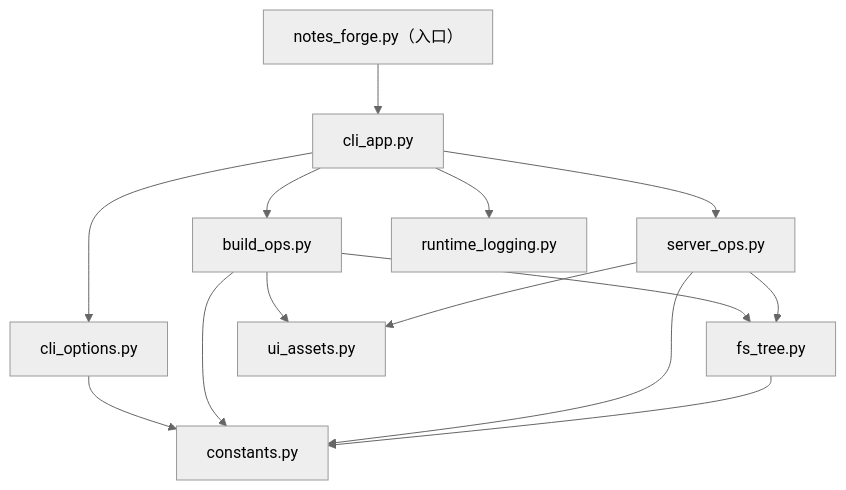
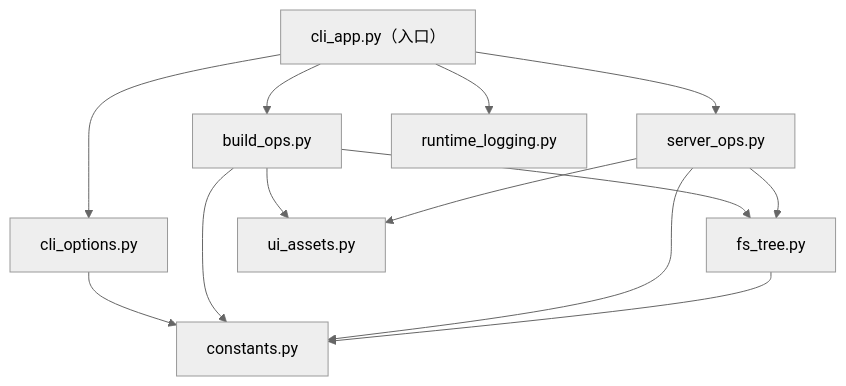
The diagram in README.zh-CN.md (fenglielie/notes-forge), drawn with Mermaid (neutral theme) before and after one commit. The commit also changed other lines of this file and 12 other files, not shown here.

Commit message:
update theme control, remove notes_forge.py

````diff
--- a/README.zh-CN.md
+++ b/README.zh-CN.md
@@ -190,16 +191,15 @@
 ```mermaid
 flowchart TD
-    A["notes_forge.py（入口）"] --> B["cli_app.py"]
-    B --> C["cli_options.py"]
-    B --> D["build_ops.py"]
-    B --> E["server_ops.py"]
-    D --> F["fs_tree.py"]
-    D --> G["ui_assets.py"]
-    E --> F
-    E --> G
-    B --> H["runtime_logging.py"]
-    C --> I["constants.py"]
-    D --> I
-    E --> I
-    F --> I
+    A["cli_app.py（入口）"] --> B["cli_options.py"]
+    A --> C["build_ops.py"]
+    A --> D["server_ops.py"]
+    C --> E["fs_tree.py"]
+    C --> F["ui_assets.py"]
+    D --> E
+    D --> F
+    A --> G["runtime_logging.py"]
+    B --> H["constants.py"]
+    C --> H
+    D --> H
+    E --> H
 ```
````
